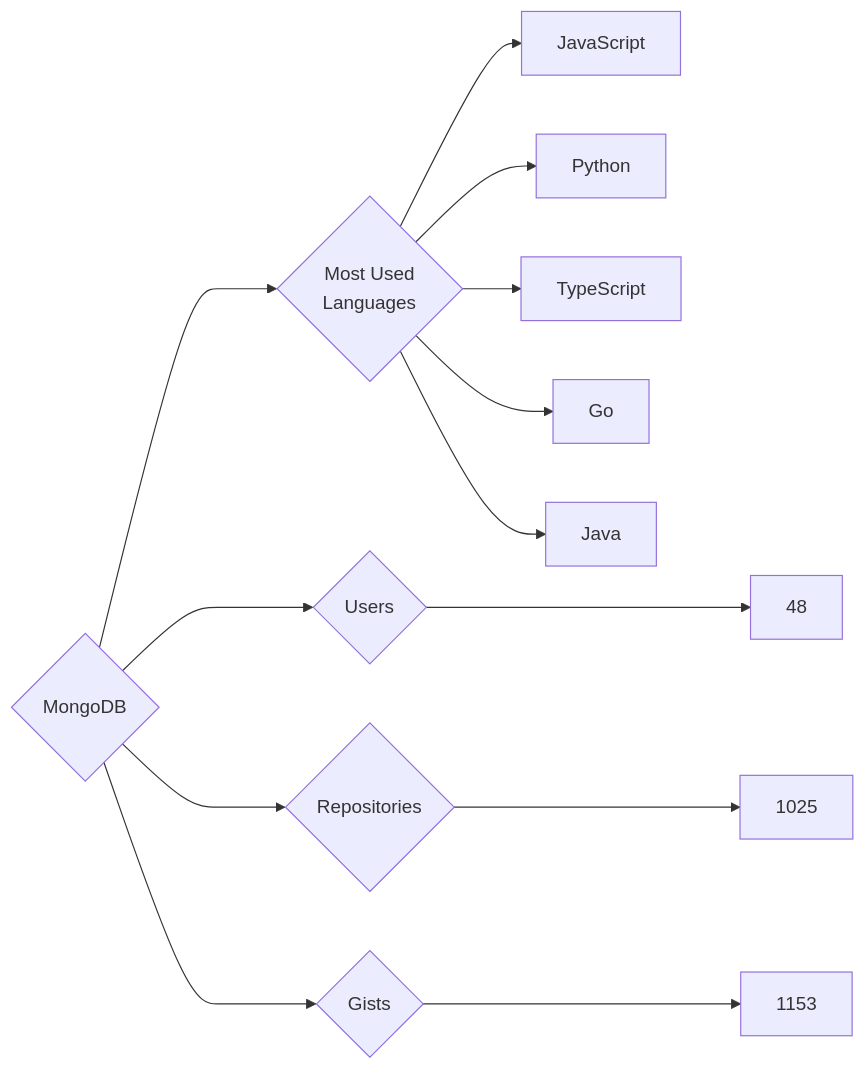
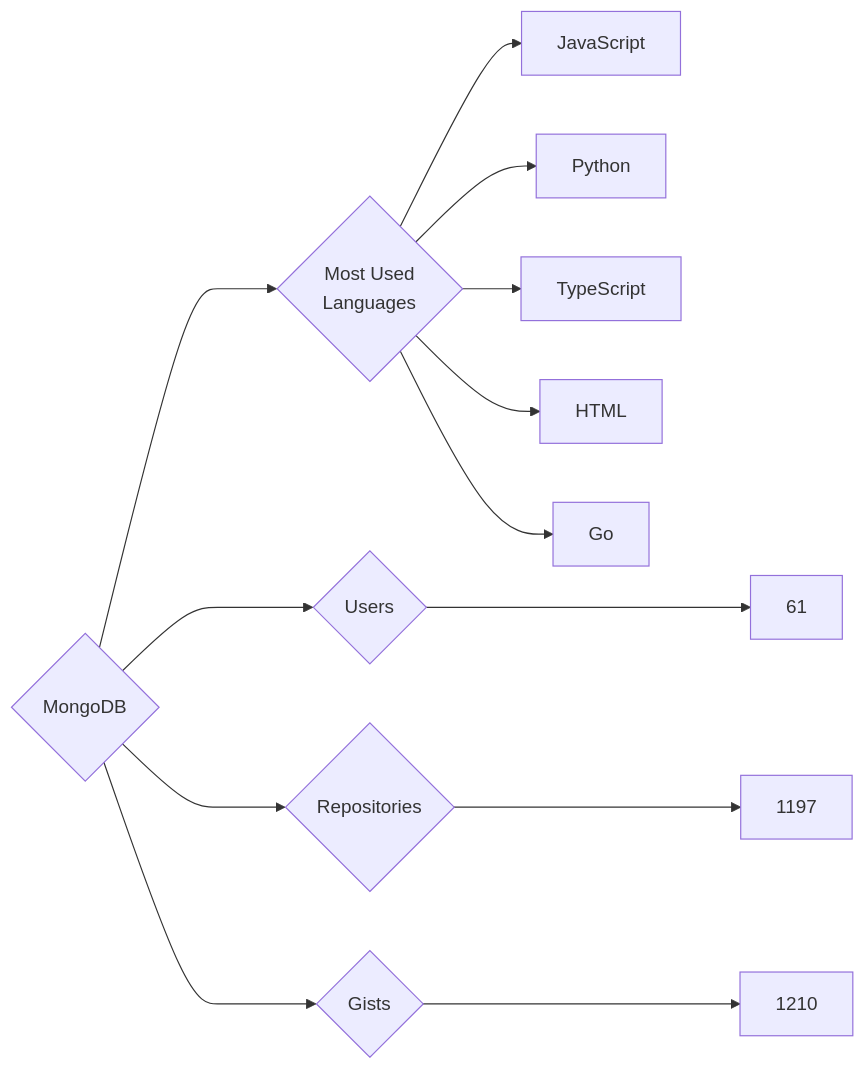
One commit to trickest/insiders changed the diagram in targets/MongoDB/README.md. Above: the diagram before and after it, drawn with Mermaid. The commit also changed 787 other files, not shown here.

````diff
--- a/targets/MongoDB/README.md
+++ b/targets/MongoDB/README.md
@@ -3,13 +3,13 @@
 ```mermaid
 graph LR
 COMPANY_NAME{MongoDB}
-COMPANY_NAME ---> U{Users} ---> UN[48]
-COMPANY_NAME ---> R{Repositories} ---> RN[1025]
-COMPANY_NAME ---> G{Gists} ---> GN[1153]
+COMPANY_NAME ---> U{Users} ---> UN[61]
+COMPANY_NAME ---> R{Repositories} ---> RN[1197]
+COMPANY_NAME ---> G{Gists} ---> GN[1210]
 COMPANY_NAME ---> ML{Most Used<br>Languages}
 ML --> JavaScript[JavaScript]
 ML --> Python[Python]
 ML --> TypeScript[TypeScript]
+ML --> HTML[HTML]
 ML --> Go[Go]
-ML --> Java[Java]
 ```
````
